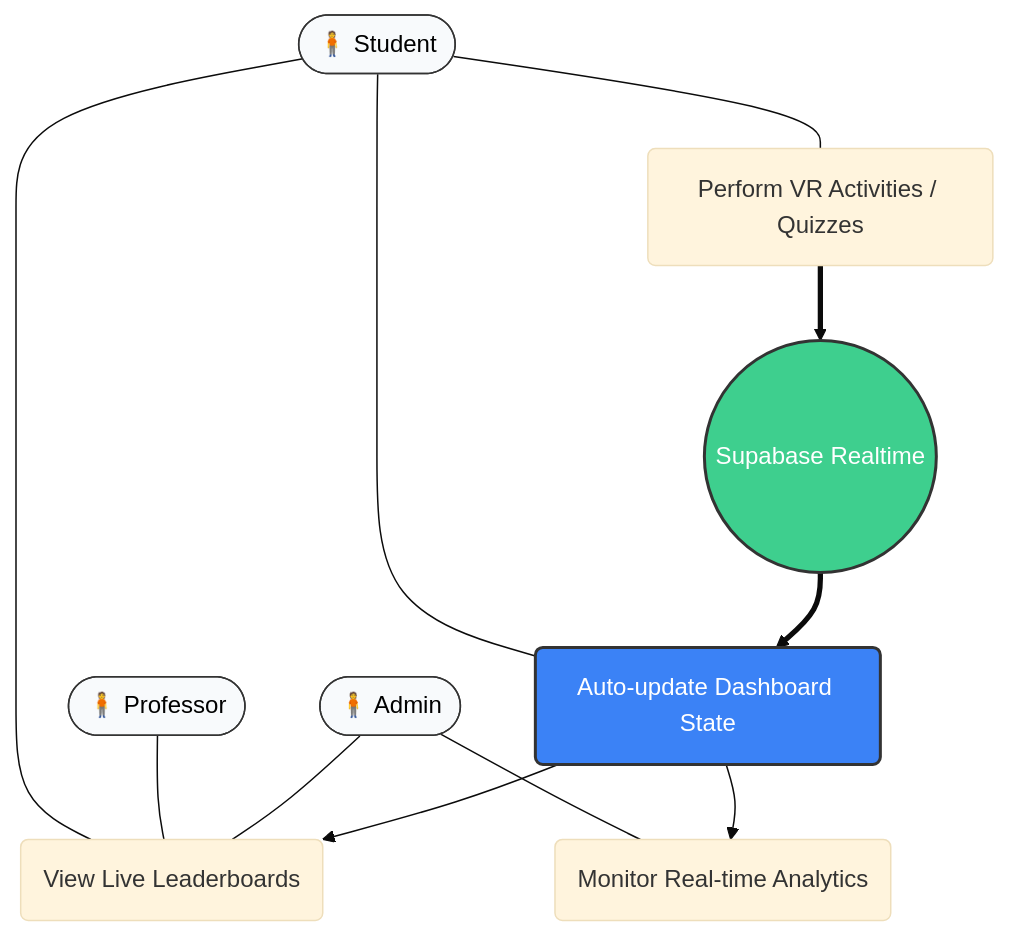
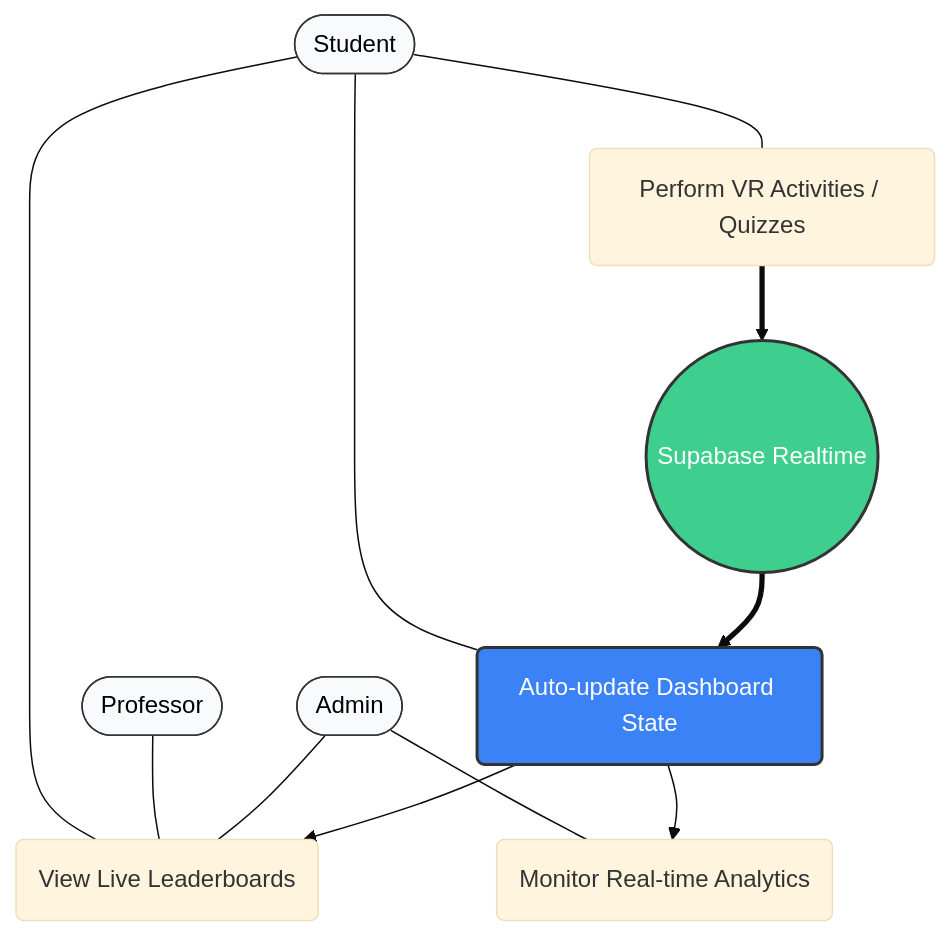
The second of 2 diagrams in README.md (whayneGrageda/VR_Nationalian), drawn with Mermaid (base theme) before and after one commit. The commit also changed other lines of this file, not shown here.

````diff
--- a/README.md
+++ b/README.md
@@ -133,35 +132,35 @@
 ```mermaid
 graph TD
     %% Actors
-    Student([🧍 Student])
-    Professor([🧍 Professor])
-    Admin([🧍 Admin])
+    Student([Student])
+    Professor([Professor])
+    Admin([Admin])
     Supabase((Supabase Realtime))
 
     %% Use Cases
     UC1(Perform VR Activities / Quizzes)
     UC2(View Live Leaderboards)
     UC3(Monitor Real-time Analytics)
     UC4(Auto-update Dashboard State)
 
     %% Relationships
     Student --- UC1
     Student --- UC4
     Student --- UC2
     Professor --- UC2
     Admin --- UC2
     Admin --- UC3
 
     %% Realtime Flow
     UC1 ==> Supabase
     Supabase ==> UC4
     UC4 --> UC2
     UC4 --> UC3
 
     %% Styling
     style Supabase fill:#3ecf8e,stroke:#333,stroke-width:2px,color:#fff
     style UC4 fill:#3b82f6,stroke:#333,stroke-width:2px,color:#fff
     style Student fill:#f8fafc,stroke:#333,color:#000
     style Professor fill:#f8fafc,stroke:#333,color:#000
     style Admin fill:#f8fafc,stroke:#333,color:#000
 ```
````
